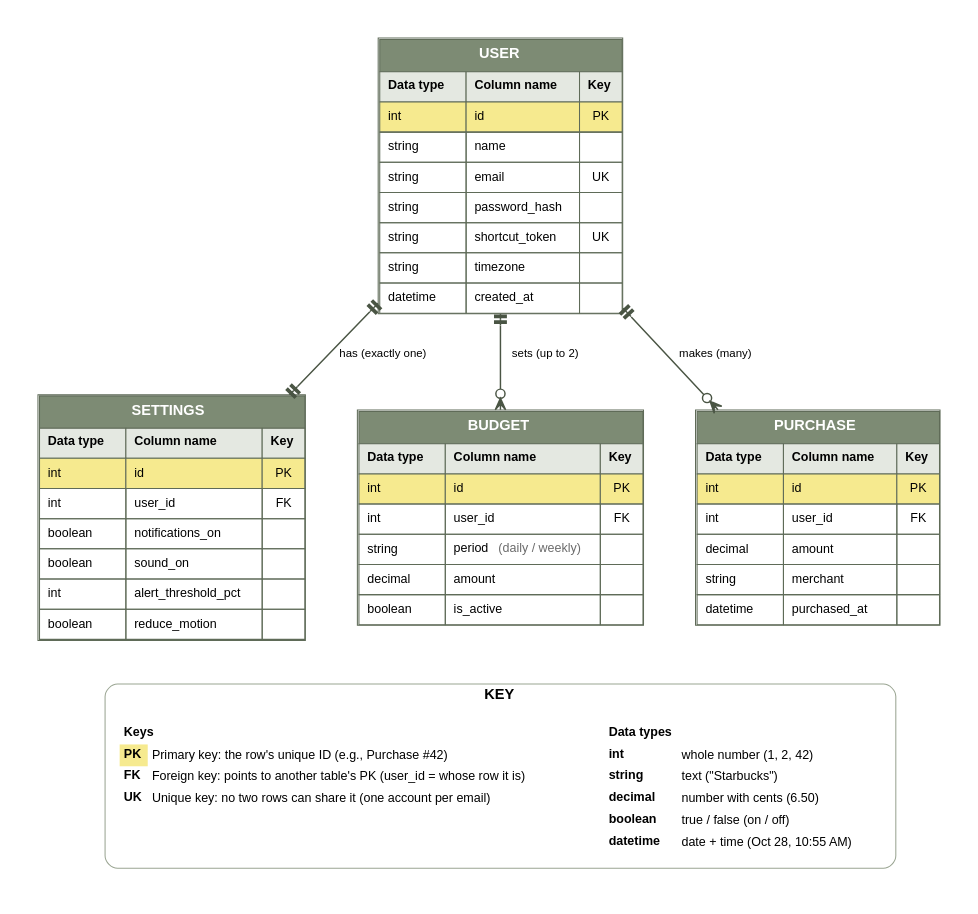
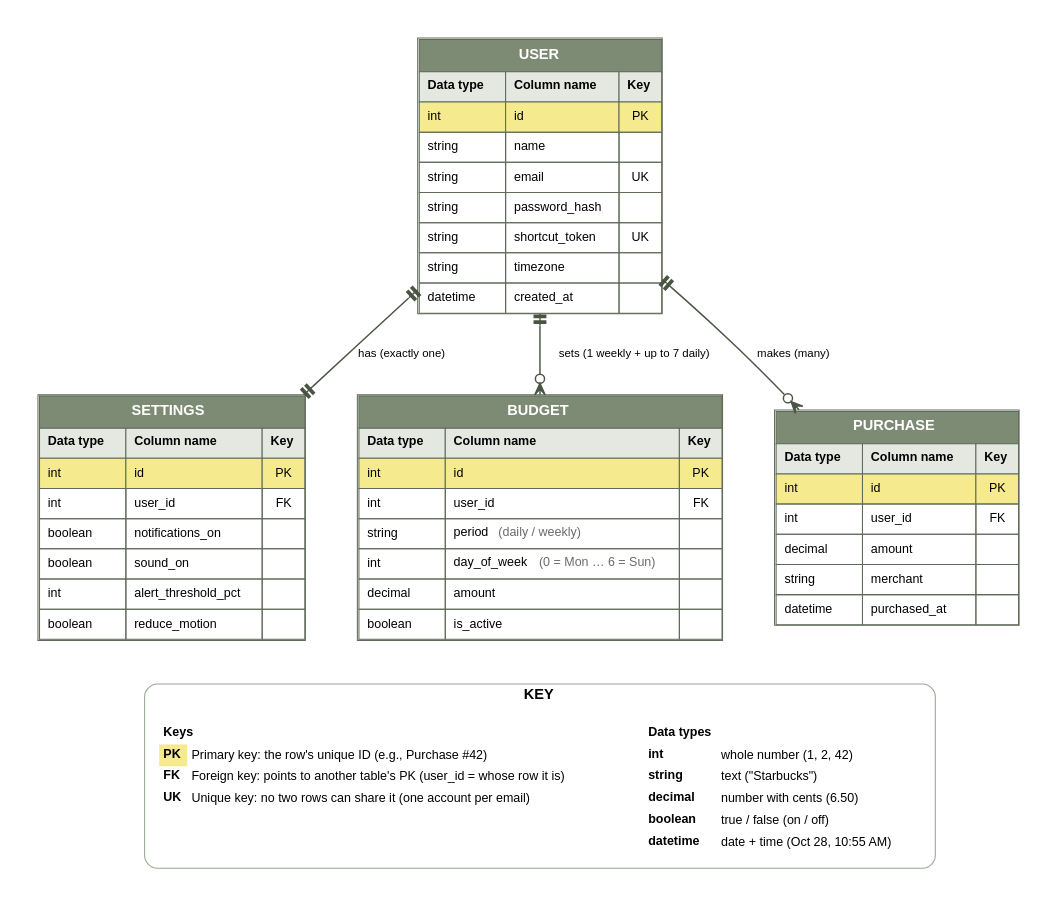
Before and after one commit to MarieblancheBotilou/Clink: the diagram in docs/diagrams/er-diagram.dot, drawn with Graphviz. The commit also changed 7 other files, not shown here.

Commit message:
Weekly budget as overall limit with daily caps inside it

```diff
--- a/docs/diagrams/er-diagram.dot
+++ b/docs/diagrams/er-diagram.dot
@@ -1,68 +1,69 @@
 digraph ER {
   graph [fontname="Helvetica", bgcolor="white", nodesep=0.7, ranksep=0.9, pad=0.4, newrank=true];
   node  [shape=plain, fontname="Helvetica", fontsize=12];
   edge  [fontname="Helvetica", fontsize=11, color="#4a5544", penwidth=1.4, dir=both, arrowsize=1.1];
 
   // colors: sage header, yellow PK row
   User [label=<<TABLE BORDER="1" CELLBORDER="1" CELLSPACING="0" CELLPADDING="7" COLOR="#5f6b58">
     <TR><TD COLSPAN="3" BGCOLOR="#7d8b74"><FONT COLOR="white" POINT-SIZE="14"><B>USER</B></FONT></TD></TR>
     <TR><TD BGCOLOR="#e4e8e1" ALIGN="LEFT"><B>Data type</B></TD><TD BGCOLOR="#e4e8e1" ALIGN="LEFT"><B>Column name</B></TD><TD BGCOLOR="#e4e8e1"><B>Key</B></TD></TR>
     <TR><TD BGCOLOR="#f6ea8f" ALIGN="LEFT">int</TD><TD BGCOLOR="#f6ea8f" ALIGN="LEFT">id</TD><TD BGCOLOR="#f6ea8f">PK</TD></TR>
     <TR><TD ALIGN="LEFT">string</TD><TD ALIGN="LEFT">name</TD><TD></TD></TR>
     <TR><TD ALIGN="LEFT">string</TD><TD ALIGN="LEFT">email</TD><TD>UK</TD></TR>
     <TR><TD ALIGN="LEFT">string</TD><TD ALIGN="LEFT">password_hash</TD><TD></TD></TR>
     <TR><TD ALIGN="LEFT">string</TD><TD ALIGN="LEFT">shortcut_token</TD><TD>UK</TD></TR>
     <TR><TD ALIGN="LEFT">string</TD><TD ALIGN="LEFT">timezone</TD><TD></TD></TR>
     <TR><TD ALIGN="LEFT">datetime</TD><TD ALIGN="LEFT">created_at</TD><TD></TD></TR>
   </TABLE>>];
 
   Settings [label=<<TABLE BORDER="1" CELLBORDER="1" CELLSPACING="0" CELLPADDING="7" COLOR="#5f6b58">
     <TR><TD COLSPAN="3" BGCOLOR="#7d8b74"><FONT COLOR="white" POINT-SIZE="14"><B>SETTINGS</B></FONT></TD></TR>
     <TR><TD BGCOLOR="#e4e8e1" ALIGN="LEFT"><B>Data type</B></TD><TD BGCOLOR="#e4e8e1" ALIGN="LEFT"><B>Column name</B></TD><TD BGCOLOR="#e4e8e1"><B>Key</B></TD></TR>
     <TR><TD BGCOLOR="#f6ea8f" ALIGN="LEFT">int</TD><TD BGCOLOR="#f6ea8f" ALIGN="LEFT">id</TD><TD BGCOLOR="#f6ea8f">PK</TD></TR>
     <TR><TD ALIGN="LEFT">int</TD><TD ALIGN="LEFT">user_id</TD><TD>FK</TD></TR>
     <TR><TD ALIGN="LEFT">boolean</TD><TD ALIGN="LEFT">notifications_on</TD><TD></TD></TR>
     <TR><TD ALIGN="LEFT">boolean</TD><TD ALIGN="LEFT">sound_on</TD><TD></TD></TR>
     <TR><TD ALIGN="LEFT">int</TD><TD ALIGN="LEFT">alert_threshold_pct</TD><TD></TD></TR>
     <TR><TD ALIGN="LEFT">boolean</TD><TD ALIGN="LEFT">reduce_motion</TD><TD></TD></TR>
   </TABLE>>];
 
   Budget [label=<<TABLE BORDER="1" CELLBORDER="1" CELLSPACING="0" CELLPADDING="7" COLOR="#5f6b58">
     <TR><TD COLSPAN="3" BGCOLOR="#7d8b74"><FONT COLOR="white" POINT-SIZE="14"><B>BUDGET</B></FONT></TD></TR>
     <TR><TD BGCOLOR="#e4e8e1" ALIGN="LEFT"><B>Data type</B></TD><TD BGCOLOR="#e4e8e1" ALIGN="LEFT"><B>Column name</B></TD><TD BGCOLOR="#e4e8e1"><B>Key</B></TD></TR>
     <TR><TD BGCOLOR="#f6ea8f" ALIGN="LEFT">int</TD><TD BGCOLOR="#f6ea8f" ALIGN="LEFT">id</TD><TD BGCOLOR="#f6ea8f">PK</TD></TR>
     <TR><TD ALIGN="LEFT">int</TD><TD ALIGN="LEFT">user_id</TD><TD>FK</TD></TR>
     <TR><TD ALIGN="LEFT">string</TD><TD ALIGN="LEFT">period <FONT COLOR="#6b6b6b">(daily / weekly)</FONT></TD><TD></TD></TR>
+    <TR><TD ALIGN="LEFT">int</TD><TD ALIGN="LEFT">day_of_week <FONT COLOR="#6b6b6b">(0 = Mon … 6 = Sun)</FONT></TD><TD></TD></TR>
     <TR><TD ALIGN="LEFT">decimal</TD><TD ALIGN="LEFT">amount</TD><TD></TD></TR>
     <TR><TD ALIGN="LEFT">boolean</TD><TD ALIGN="LEFT">is_active</TD><TD></TD></TR>
   </TABLE>>];
 
   Purchase [label=<<TABLE BORDER="1" CELLBORDER="1" CELLSPACING="0" CELLPADDING="7" COLOR="#5f6b58">
     <TR><TD COLSPAN="3" BGCOLOR="#7d8b74"><FONT COLOR="white" POINT-SIZE="14"><B>PURCHASE</B></FONT></TD></TR>
     <TR><TD BGCOLOR="#e4e8e1" ALIGN="LEFT"><B>Data type</B></TD><TD BGCOLOR="#e4e8e1" ALIGN="LEFT"><B>Column name</B></TD><TD BGCOLOR="#e4e8e1"><B>Key</B></TD></TR>
     <TR><TD BGCOLOR="#f6ea8f" ALIGN="LEFT">int</TD><TD BGCOLOR="#f6ea8f" ALIGN="LEFT">id</TD><TD BGCOLOR="#f6ea8f">PK</TD></TR>
     <TR><TD ALIGN="LEFT">int</TD><TD ALIGN="LEFT">user_id</TD><TD>FK</TD></TR>
     <TR><TD ALIGN="LEFT">decimal</TD><TD ALIGN="LEFT">amount</TD><TD></TD></TR>
     <TR><TD ALIGN="LEFT">string</TD><TD ALIGN="LEFT">merchant</TD><TD></TD></TR>
     <TR><TD ALIGN="LEFT">datetime</TD><TD ALIGN="LEFT">purchased_at</TD><TD></TD></TR>
   </TABLE>>];
 
   User -> Settings [arrowtail=teetee, arrowhead=teetee, label="  has (exactly one)"];
-  User -> Budget   [arrowtail=teetee, arrowhead=crowodot, label="  sets (up to 2)"];
+  User -> Budget   [arrowtail=teetee, arrowhead=crowodot, label="  sets (1 weekly + up to 7 daily)"];
   User -> Purchase [arrowtail=teetee, arrowhead=crowodot, label="  makes (many)"];
   { rank=same; Settings; Budget; Purchase; }
 
   // ---------- Legend ----------
   subgraph cluster_key {
     label=<<B>KEY</B>>; fontsize=14; style="rounded"; color="#9aa592"; margin=14;
     keys [label=<<TABLE BORDER="0" CELLBORDER="0" CELLSPACING="0" CELLPADDING="4">
       <TR><TD ALIGN="LEFT" COLSPAN="2"><B>Keys</B></TD><TD WIDTH="30"></TD><TD ALIGN="LEFT" COLSPAN="2"><B>Data types</B></TD></TR>
       <TR><TD ALIGN="LEFT" BGCOLOR="#f6ea8f"><B>PK</B></TD><TD ALIGN="LEFT">Primary key: the row's unique ID (e.g., Purchase #42)</TD><TD></TD><TD ALIGN="LEFT"><B>int</B></TD><TD ALIGN="LEFT">whole number (1, 2, 42)</TD></TR>
       <TR><TD ALIGN="LEFT"><B>FK</B></TD><TD ALIGN="LEFT">Foreign key: points to another table's PK (user_id = whose row it is)</TD><TD></TD><TD ALIGN="LEFT"><B>string</B></TD><TD ALIGN="LEFT">text ("Starbucks")</TD></TR>
       <TR><TD ALIGN="LEFT"><B>UK</B></TD><TD ALIGN="LEFT">Unique key: no two rows can share it (one account per email)</TD><TD></TD><TD ALIGN="LEFT"><B>decimal</B></TD><TD ALIGN="LEFT">number with cents (6.50)</TD></TR>
       <TR><TD></TD><TD></TD><TD></TD><TD ALIGN="LEFT"><B>boolean</B></TD><TD ALIGN="LEFT">true / false (on / off)</TD></TR>
       <TR><TD></TD><TD></TD><TD></TD><TD ALIGN="LEFT"><B>datetime</B></TD><TD ALIGN="LEFT">date + time (Oct 28, 10:55 AM)</TD></TR>
     </TABLE>>];
   }
   Budget -> keys [style=invis, dir=none];
 }
```
